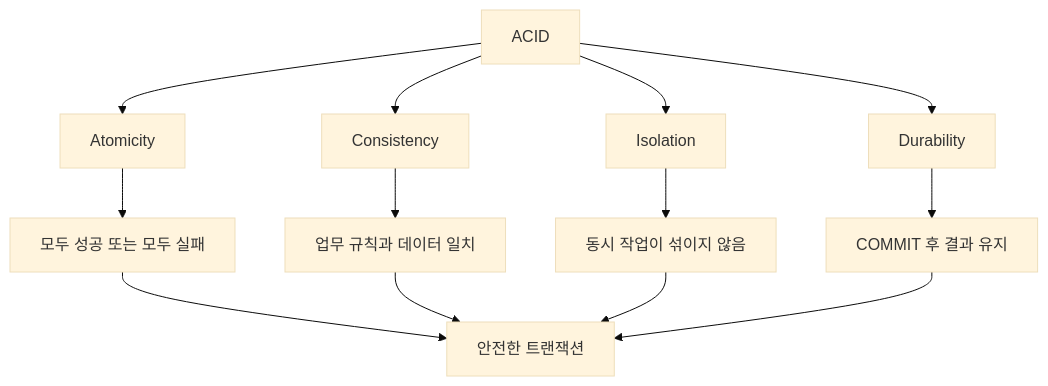
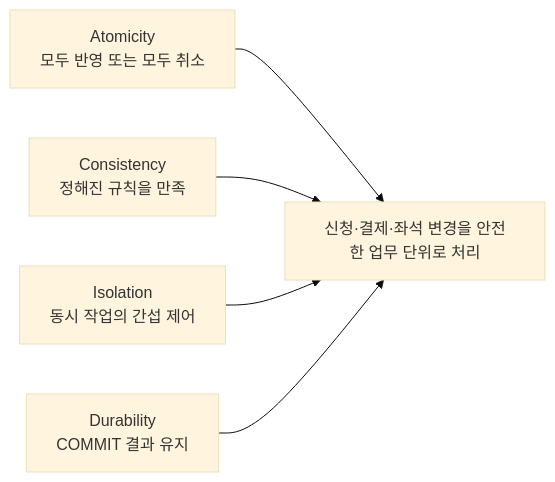
Before and after one commit to GilbertMoon/ai-database-book: the diagram in images/chapter09/ch09_04_acid_overview.mmd, drawn with Mermaid (base theme).

Commit message:
Simplify Chapter 09 ACID Mermaid

```diff
--- a/images/chapter09/ch09_04_acid_overview.mmd
+++ b/images/chapter09/ch09_04_acid_overview.mmd
@@ -1,19 +1,9 @@
-flowchart TB
-    A[ACID]
-
-    A --> B[Atomicity]
-    B --> B1[모두 성공 또는 모두 실패]
-
-    A --> C[Consistency]
-    C --> C1[업무 규칙과 데이터 일치]
-
-    A --> D[Isolation]
-    D --> D1[동시 작업이 섞이지 않음]
-
-    A --> E[Durability]
-    E --> E1[COMMIT 후 결과 유지]
-
-    B1 --> F[안전한 트랜잭션]
-    C1 --> F
-    D1 --> F
-    E1 --> F
+flowchart LR
+    A[Atomicity<br/>모두 반영 또는 모두 취소]
+    B[Consistency<br/>정해진 규칙을 만족]
+    C[Isolation<br/>동시 작업의 간섭 제어]
+    D[Durability<br/>COMMIT 결과 유지]
+    A --> E[신청·결제·좌석 변경을 안전한 업무 단위로 처리]
+    B --> E
+    C --> E
+    D --> E
```
